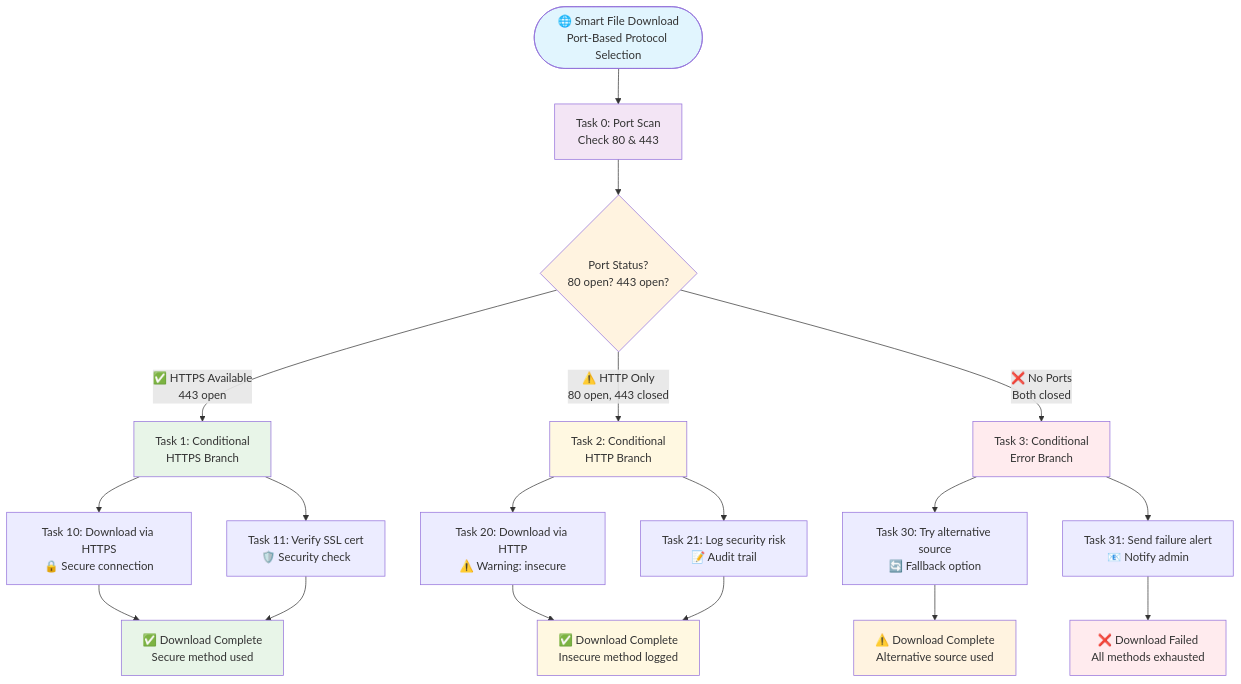
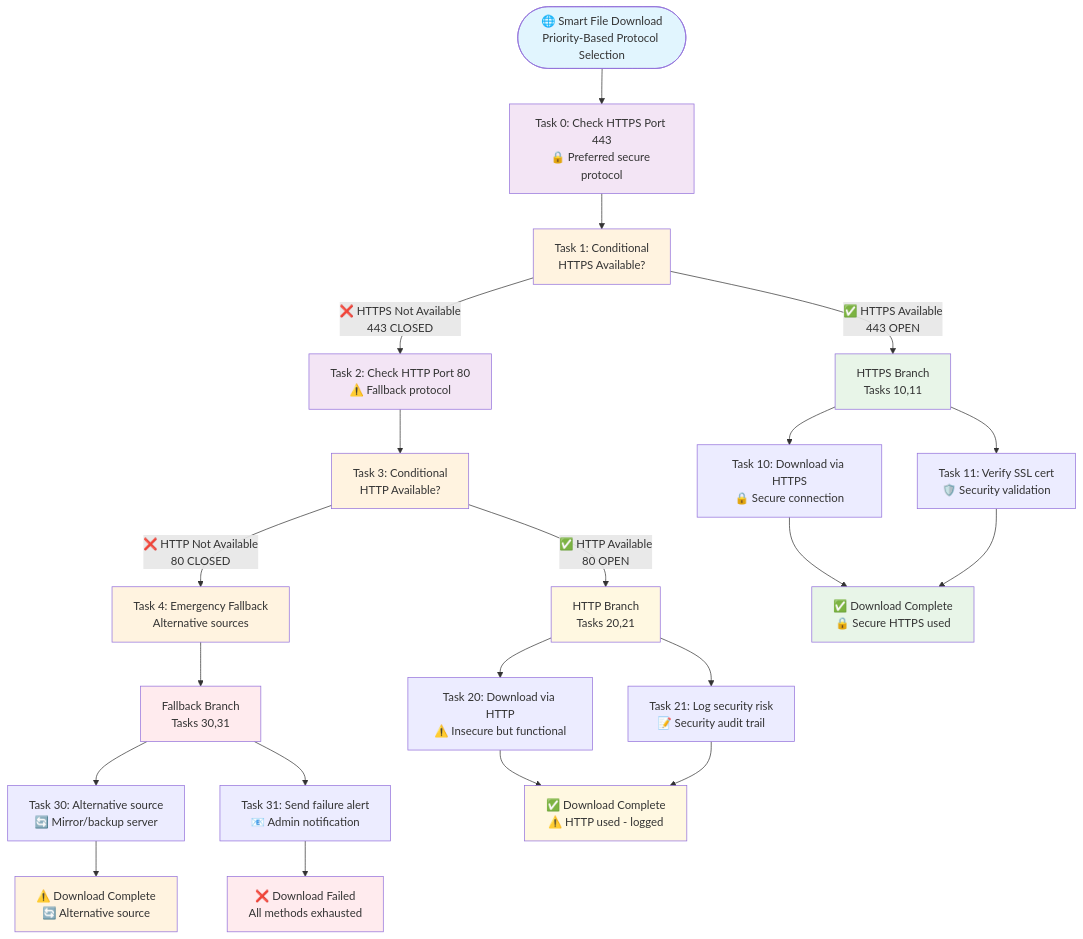
Before and after one commit to bastelbude1/Tasker: the fifth of 5 diagrams in README.md, drawn with Mermaid. The commit also changed other lines of this file, not shown here.

Commit message:
📚 Fix introduction firewall and improve smart download example logic
- Add missing next=never firewall to task=10 (rollback_deployment)
- Prevent sequential execution bleed from rollback to alert task
- Complete firewall protection on all terminal tasks in introduction
- Fix smart download example: replace flawed single scan with priority-based approach
- Implement HTTPS-first logic: check 443 first, fallback to 80, then alternatives
- Update Mermaid diagram to show clear priority-based protocol selection
- Replace complex Boolean conditions with simple sequential port checking
- Demonstrate real-world security best practices: secure protocols preferred

🤖 Generated with [Claude Code](https://claude.ai/code)

````diff
--- a/README.md
+++ b/README.md
@@ -1417,36 +1418,44 @@
 ```mermaid
 graph TD
-    Start([🌐 Smart File Download<br/>Port-Based Protocol Selection]) --> T0[Task 0: Port Scan<br/>Check 80 & 443]
-    T0 --> Check{Port Status?<br/>80 open? 443 open?}
+    Start([🌐 Smart File Download<br/>Priority-Based Protocol Selection]) --> T0[Task 0: Check HTTPS Port 443<br/>🔒 Preferred secure protocol]
+    T0 --> T1[Task 1: Conditional<br/>HTTPS Available?]
 
-    Check -->|✅ HTTPS Available<br/>443 open| Secure[Task 1: Conditional<br/>HTTPS Branch]
-    Check -->|⚠️ HTTP Only<br/>80 open, 443 closed| Basic[Task 2: Conditional<br/>HTTP Branch]
-    Check -->|❌ No Ports<br/>Both closed| Error[Task 3: Conditional<br/>Error Branch]
+    T1 -->|✅ HTTPS Available<br/>443 OPEN| Secure[HTTPS Branch<br/>Tasks 10,11]
+    T1 -->|❌ HTTPS Not Available<br/>443 CLOSED| T2[Task 2: Check HTTP Port 80<br/>⚠️ Fallback protocol]
+
+    T2 --> T3[Task 3: Conditional<br/>HTTP Available?]
+    T3 -->|✅ HTTP Available<br/>80 OPEN| Basic[HTTP Branch<br/>Tasks 20,21]
+    T3 -->|❌ HTTP Not Available<br/>80 CLOSED| T4[Task 4: Emergency Fallback<br/>Alternative sources]
+
+    T4 --> Error[Fallback Branch<br/>Tasks 30,31]
 
     Secure --> T10[Task 10: Download via HTTPS<br/>🔒 Secure connection]
-    Secure --> T11[Task 11: Verify SSL cert<br/>🛡️ Security check]
+    Secure --> T11[Task 11: Verify SSL cert<br/>🛡️ Security validation]
 
-    Basic --> T20[Task 20: Download via HTTP<br/>⚠️ Warning: insecure]
-    Basic --> T21[Task 21: Log security risk<br/>📝 Audit trail]
+    Basic --> T20[Task 20: Download via HTTP<br/>⚠️ Insecure but functional]
+    Basic --> T21[Task 21: Log security risk<br/>📝 Security audit trail]
 
-    Error --> T30[Task 30: Try alternative source<br/>🔄 Fallback option]
-    Error --> T31[Task 31: Send failure alert<br/>📧 Notify admin]
+    Error --> T30[Task 30: Alternative source<br/>🔄 Mirror/backup server]
+    Error --> T31[Task 31: Send failure alert<br/>📧 Admin notification]
 
-    T10 --> Success[✅ Download Complete<br/>Secure method used]
+    T10 --> Success[✅ Download Complete<br/>🔒 Secure HTTPS used]
     T11 --> Success
-    T20 --> Success2[✅ Download Complete<br/>Insecure method logged]
+    T20 --> Success2[✅ Download Complete<br/>⚠️ HTTP used - logged]
     T21 --> Success2
-    T30 --> Success3[⚠️ Download Complete<br/>Alternative source used]
+    T30 --> Success3[⚠️ Download Complete<br/>🔄 Alternative source]
     T31 --> Failed[❌ Download Failed<br/>All methods exhausted]
 
     style Start fill:#e1f5fe
     style T0 fill:#f3e5f5
-    style Check fill:#fff3e0
+    style T1 fill:#fff3e0
+    style T2 fill:#f3e5f5
+    style T3 fill:#fff3e0
+    style T4 fill:#fff3e0
     style Secure fill:#e8f5e8
     style Basic fill:#fff8e1
     style Error fill:#ffebee
     style Success fill:#e8f5e8
     style Success2 fill:#fff8e1
     style Success3 fill:#fff3e0
     style Failed fill:#ffebee
 ```
````
